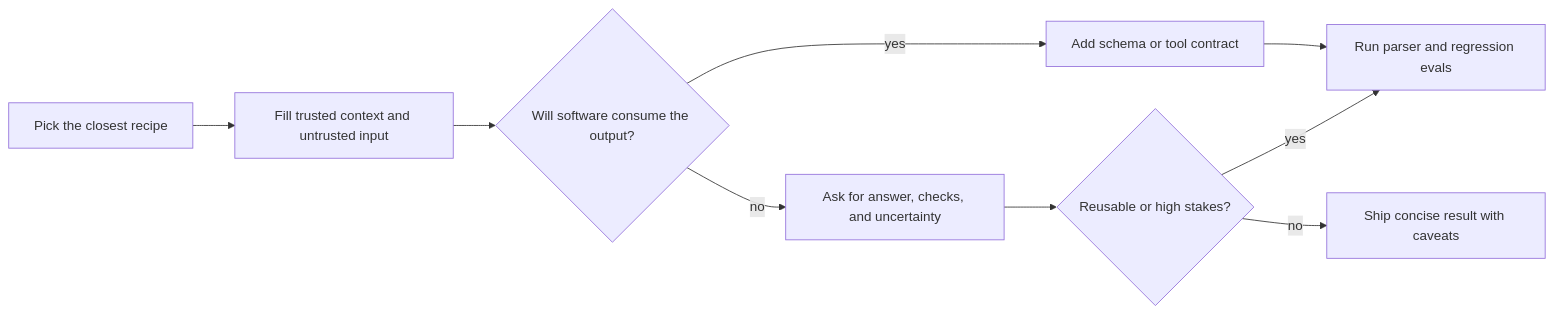
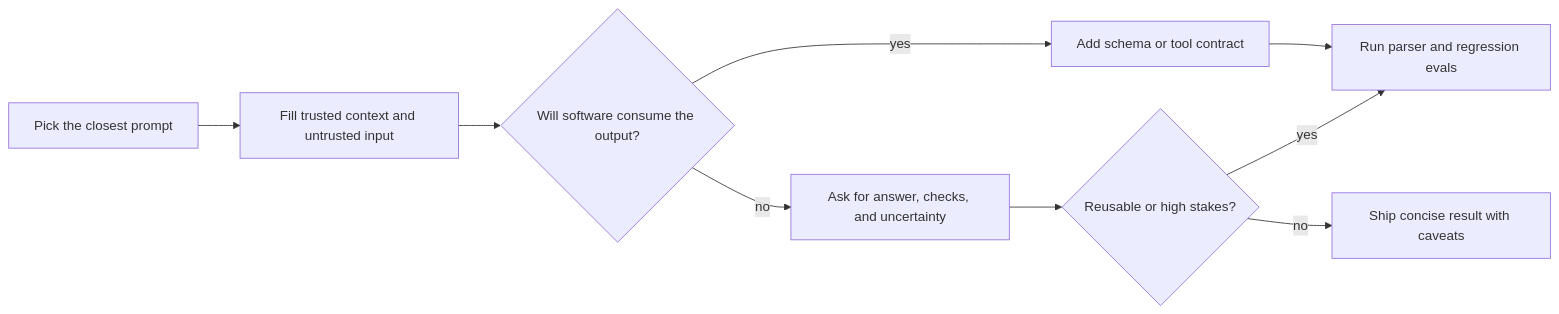
Before and after one commit to wyattowalsh/prompts: the diagram in catalog/shell/middle.md, drawn with Mermaid. The commit also changed other lines of this file and 239 other files, not shown here.

````diff
--- a/catalog/shell/middle.md
+++ b/catalog/shell/middle.md
@@ -16,11 +16,11 @@
 ```mermaid
 flowchart LR
-    A["Pick the closest recipe"] --> B["Fill trusted context and untrusted input"]
+    A["Pick the closest prompt"] --> B["Fill trusted context and untrusted input"]
     B --> C{"Will software consume the output?"}
     C -- "yes" --> D["Add schema or tool contract"]
     C -- "no" --> E["Ask for answer, checks, and uncertainty"]
     D --> F["Run parser and regression evals"]
     E --> G{"Reusable or high stakes?"}
     G -- "yes" --> F
     G -- "no" --> H["Ship concise result with caveats"]
 ```
````
